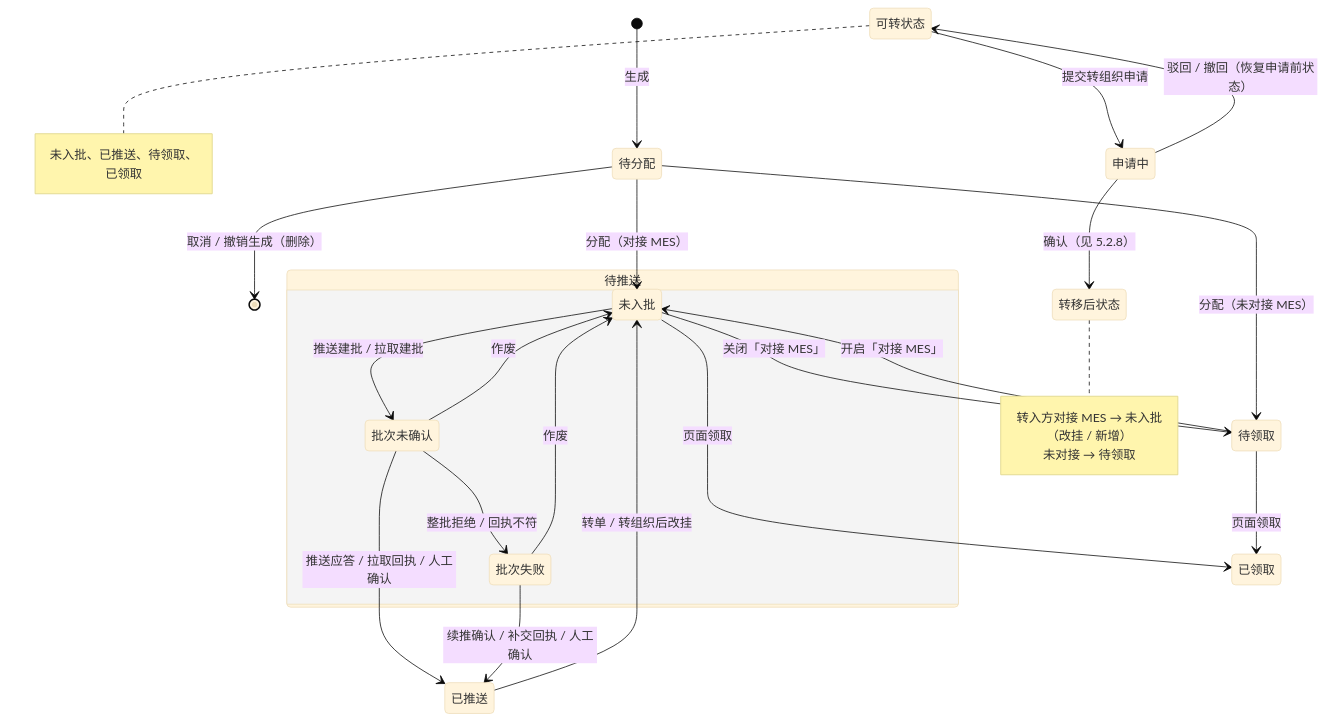
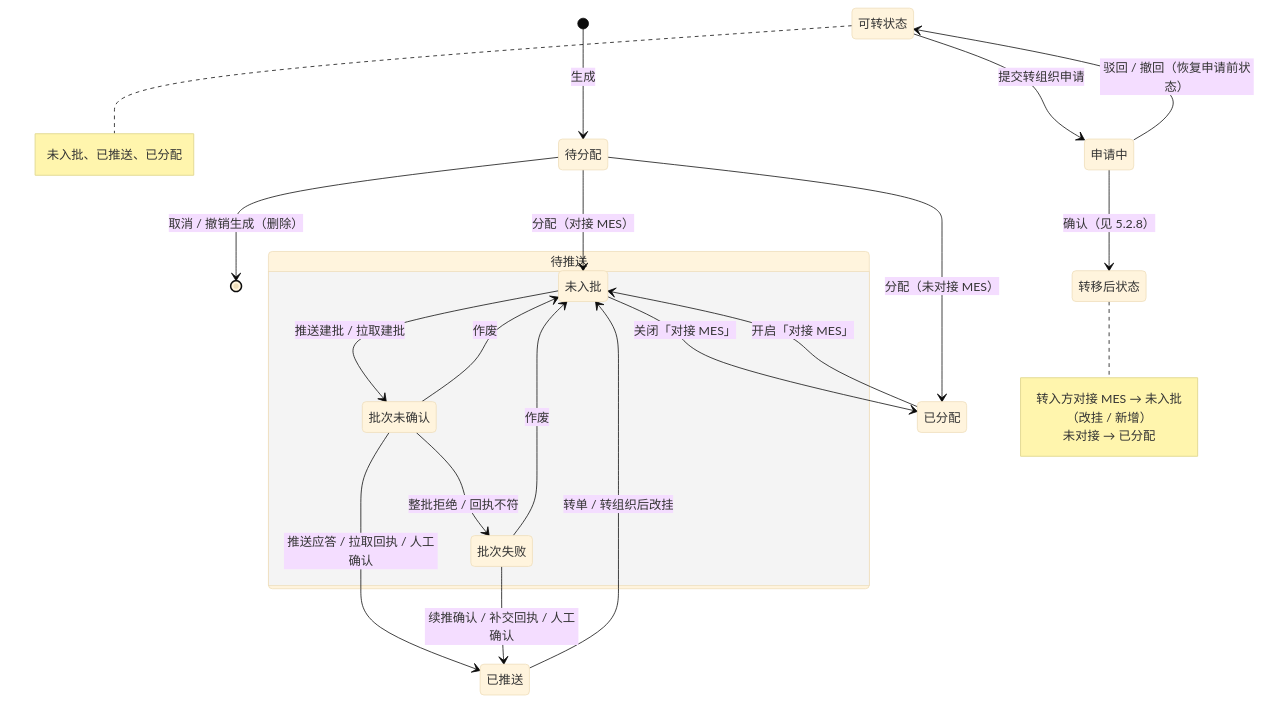
One commit to Createsnow/sn-center changed the diagram in docs/images/系统技术方案/fig2-4-sn-state.mmd. Above: the diagram before and after it, drawn with Mermaid (base theme). The commit also changed 80 other files, not shown here.

```diff
--- a/docs/images/系统技术方案/fig2-4-sn-state.mmd
+++ b/docs/images/系统技术方案/fig2-4-sn-state.mmd
@@ -1,24 +1,22 @@
 stateDiagram-v2
   direction TB
   [*] --> 待分配: 生成
   待分配 --> [*]: 取消 / 撤销生成（删除）
   待分配 --> 未入批: 分配（对接 MES）
-  待分配 --> 待领取: 分配（未对接 MES）
+  待分配 --> 已分配: 分配（未对接 MES）
   state 待推送 {
     未入批 --> 批次未确认: 推送建批 / 拉取建批
     批次未确认 --> 批次失败: 整批拒绝 / 回执不符
     批次未确认 --> 未入批: 作废
     批次失败 --> 未入批: 作废
   }
   批次未确认 --> 已推送: 推送应答 / 拉取回执 / 人工确认
   批次失败 --> 已推送: 续推确认 / 补交回执 / 人工确认
-  未入批 --> 已领取: 页面领取
-  待领取 --> 已领取: 页面领取
-  未入批 --> 待领取: 关闭「对接 MES」
-  待领取 --> 未入批: 开启「对接 MES」
+  未入批 --> 已分配: 关闭「对接 MES」
+  已分配 --> 未入批: 开启「对接 MES」
   已推送 --> 未入批: 转单 / 转组织后改挂
   可转状态 --> 申请中: 提交转组织申请
   申请中 --> 可转状态: 驳回 / 撤回（恢复申请前状态）
   申请中 --> 转移后状态: 确认（见 5.2.8）
-  note right of 可转状态: 未入批、已推送、待领取、已领取
-  note right of 转移后状态: 转入方对接 MES → 未入批（改挂 / 新增）<br/>未对接 → 待领取
+  note right of 可转状态: 未入批、已推送、已分配
+  note right of 转移后状态: 转入方对接 MES → 未入批（改挂 / 新增）<br/>未对接 → 已分配
```
